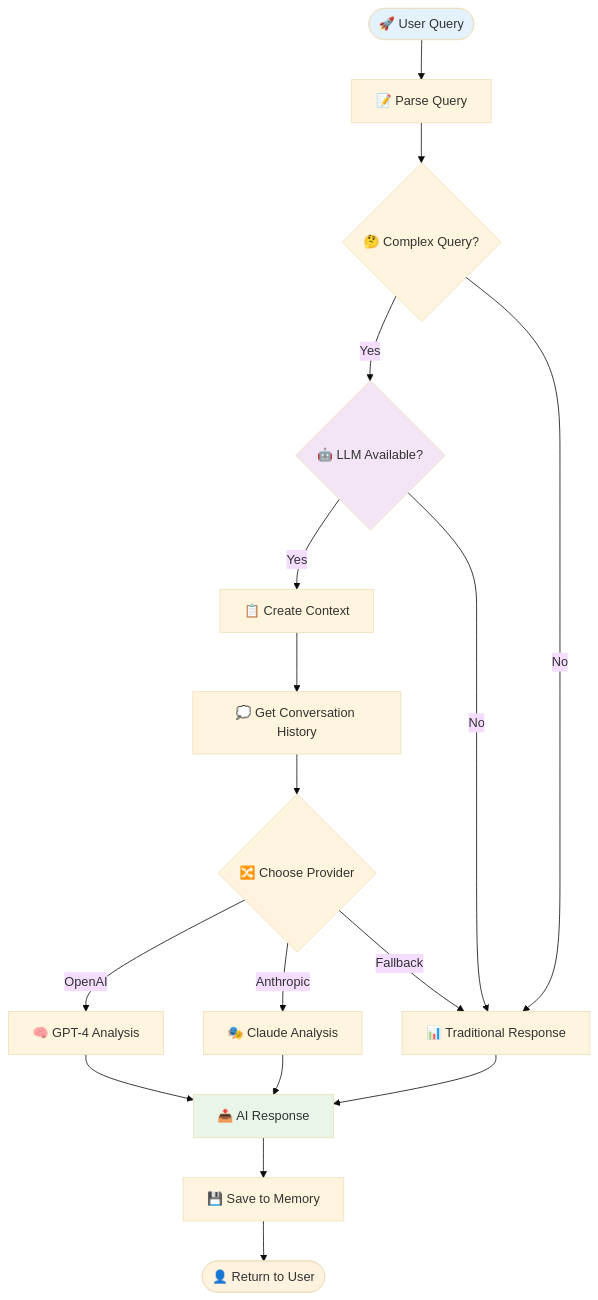
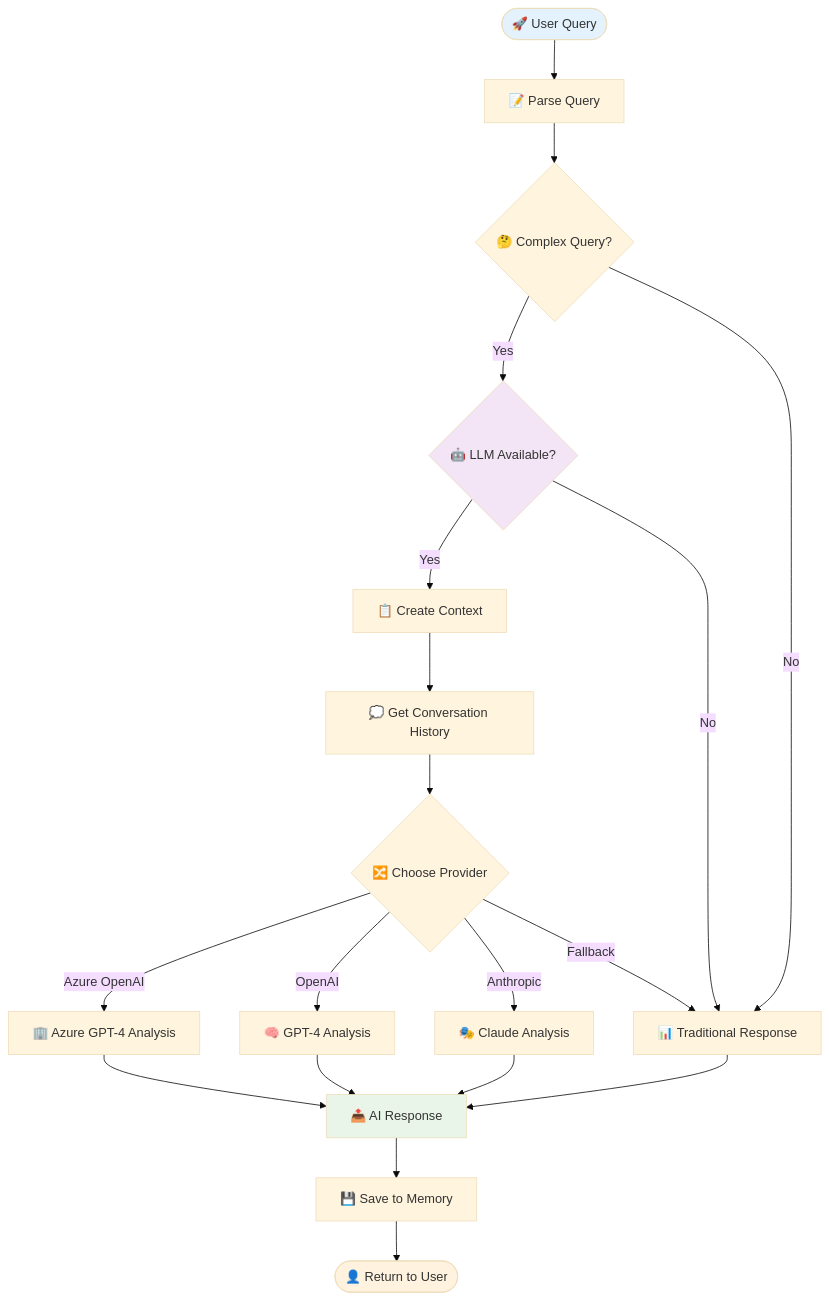
The third of 9 diagrams in docs/architecture-diagrams.md (WatkinsGreen/chatter), drawn with Mermaid (base theme) before and after one commit. The commit also changed other lines of this file and 3 other files, not shown here.

First line of the commit message:
Update architecture diagrams to reflect Azure OpenAI integration

````diff
--- a/docs/architecture-diagrams.md
+++ b/docs/architecture-diagrams.md
@@ -67,30 +69,33 @@
 ```mermaid
 flowchart TD
     Start([🚀 User Query]) --> Parse[📝 Parse Query]
     Parse --> Complex{🤔 Complex Query?}
     
     Complex -->|Yes| LLM_Available{🤖 LLM Available?}
     Complex -->|No| Traditional[📊 Traditional Response]
     
     LLM_Available -->|Yes| Context[📋 Create Context]
     LLM_Available -->|No| Traditional
     
     Context --> History[💭 Get Conversation History]
     History --> Provider{🔀 Choose Provider}
     
+    Provider -->|Azure OpenAI| AzureGPT[🏢 Azure GPT-4 Analysis]
     Provider -->|OpenAI| GPT[🧠 GPT-4 Analysis]
     Provider -->|Anthropic| Claude[🎭 Claude Analysis]
     Provider -->|Fallback| Traditional
+    
+    AzureGPT --> Response[📤 AI Response]
     
     GPT --> Response[📤 AI Response]
     Claude --> Response
     Traditional --> Response
     
     Response --> Memory[💾 Save to Memory]
     Memory --> User([👤 Return to User])
     
     style Start fill:#e3f2fd
     style LLM_Available fill:#f3e5f5
     style Response fill:#e8f5e8
     style User fill:#fff3e0
 ```
````
